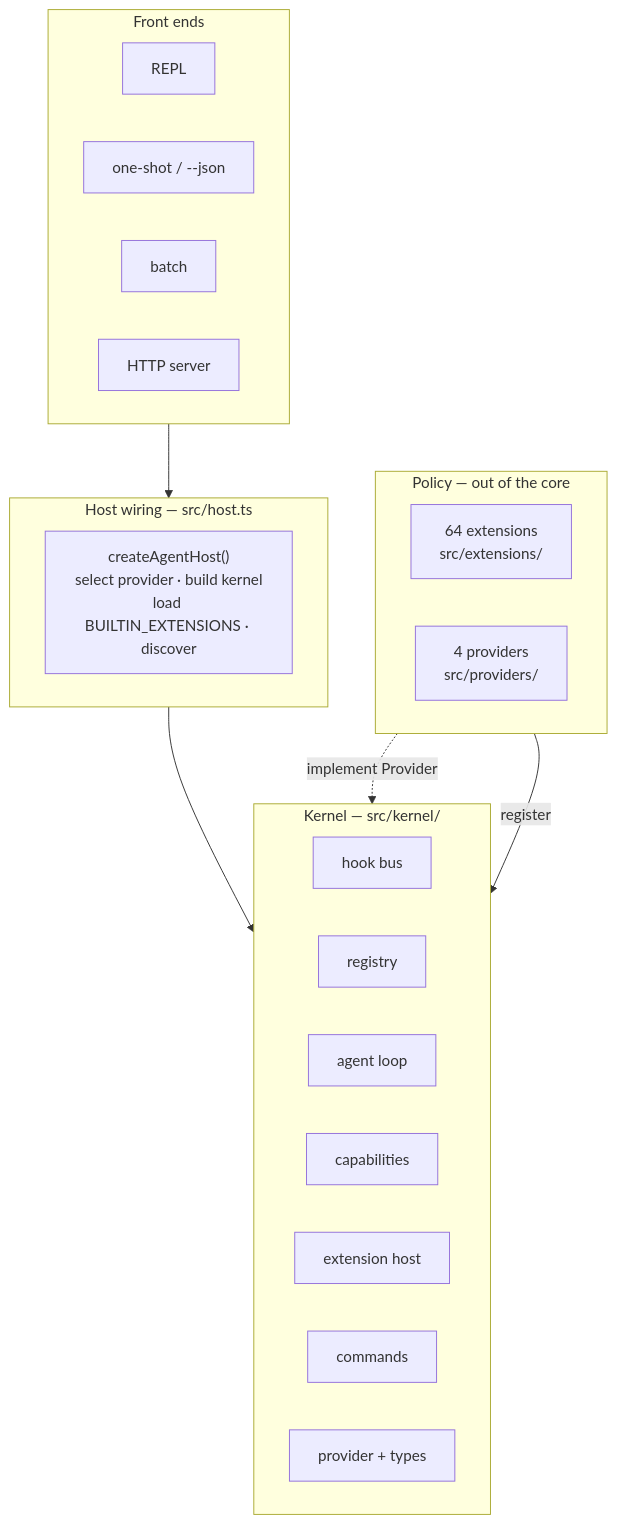
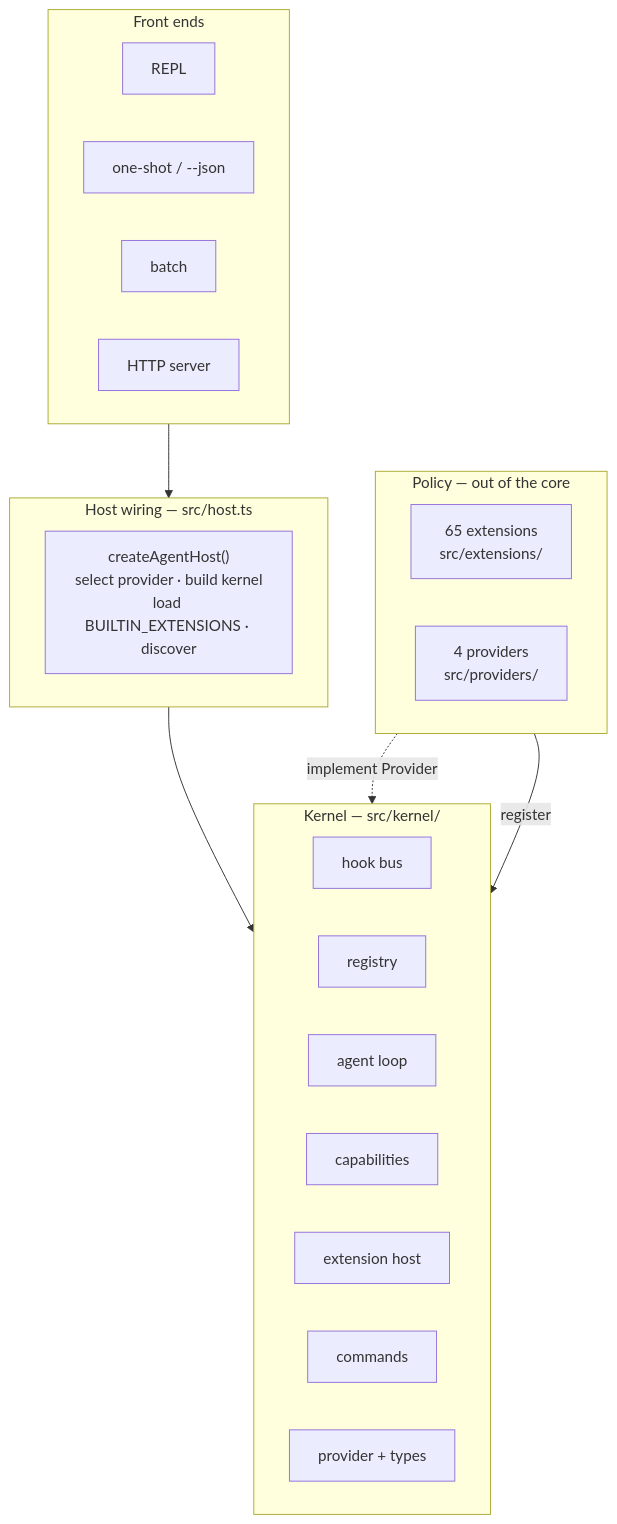
The first of 10 diagrams in ARCHITECTURE.md (caohaotiantian/EAgent), drawn with Mermaid before and after one commit. The commit also changed other lines of this file and 5 other files, not shown here.

````diff
--- a/ARCHITECTURE.md
+++ b/ARCHITECTURE.md
@@ -27,32 +27,32 @@
 ```mermaid
 flowchart TB
     subgraph L4["Front ends"]
         direction LR
         REPL["REPL"]
         ONE["one-shot / --json"]
         BATCH["batch"]
         HTTP["HTTP server"]
     end
     subgraph L3["Host wiring — src/host.ts"]
         HOST["createAgentHost()<br/>select provider · build kernel<br/>load BUILTIN_EXTENSIONS · discover"]
     end
     subgraph L2["Kernel — src/kernel/"]
         direction LR
         HOOKS["hook bus"]
         REG["registry"]
         LOOP["agent loop"]
         CAPS["capabilities"]
         EXT["extension host"]
         CMD["commands"]
         TYPES["provider + types"]
     end
     subgraph L1["Policy — out of the core"]
         direction LR
-        EXTS["64 extensions<br/>src/extensions/"]
+        EXTS["65 extensions<br/>src/extensions/"]
         PROVS["4 providers<br/>src/providers/"]
     end
 
     L4 --> L3 --> L2
     EXTS -->|register| L2
     PROVS -.->|implement Provider| TYPES
 ```
````
